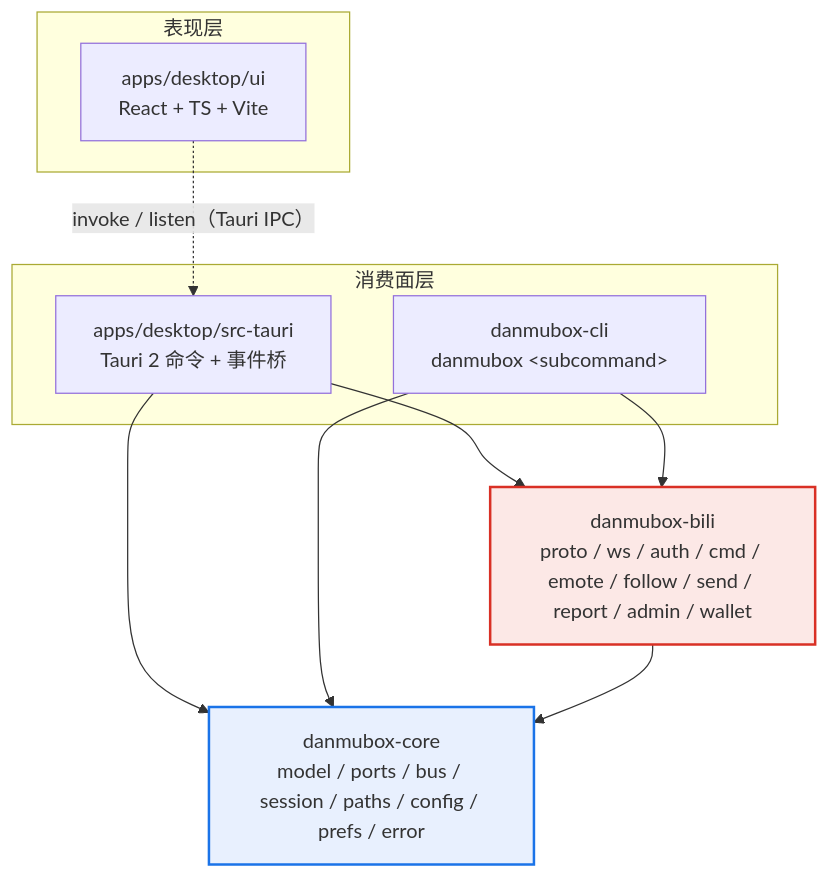
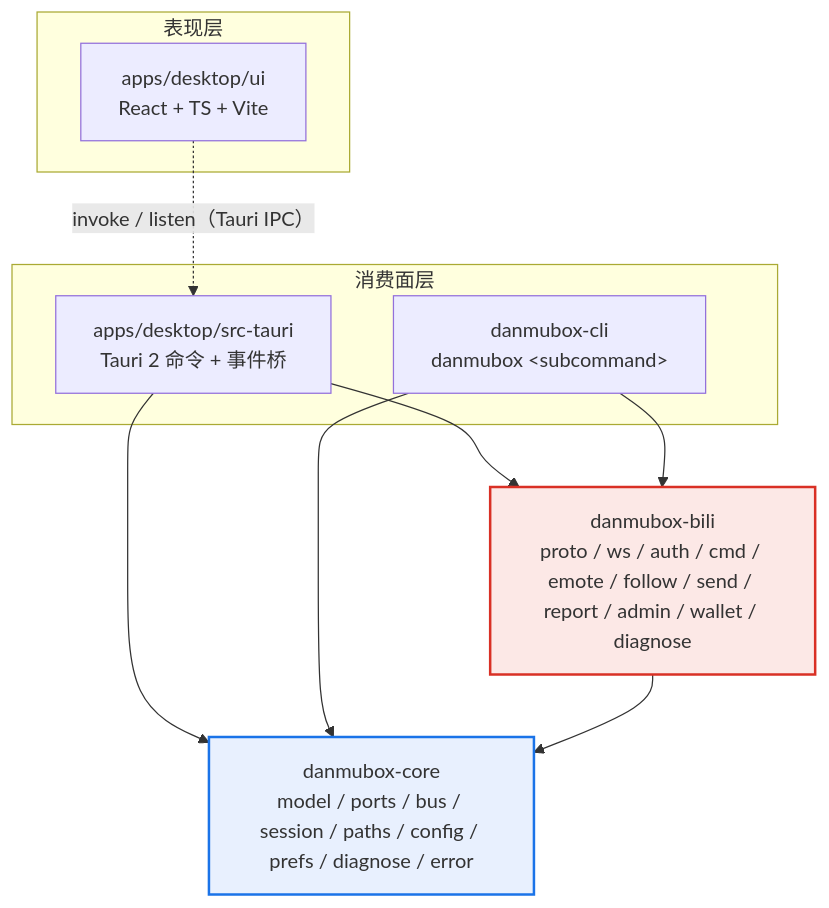
One commit to HakaseZ/danmubox changed the first of 6 diagrams in docs/architecture.md. Above: the diagram before and after it, drawn with Mermaid. The commit also changed other lines of this file and 25 other files, not shown here.

````diff
--- a/docs/architecture.md
+++ b/docs/architecture.md
@@ -30,26 +36,26 @@
 ```mermaid
 graph TD
   subgraph presentation["表现层"]
     WEB["apps/desktop/ui<br/>React + TS + Vite"]
   end
 
   subgraph consumers["消费面层"]
     SHELL["apps/desktop/src-tauri<br/>Tauri 2 命令 + 事件桥"]
     CLI["danmubox-cli<br/>danmubox &lt;subcommand&gt;"]
   end
 
-  BILI["danmubox-bili<br/>proto / ws / auth / cmd / emote / follow / send / report / admin / wallet"]
-  CORE["danmubox-core<br/>model / ports / bus / session / paths / config / prefs / error"]
+  BILI["danmubox-bili<br/>proto / ws / auth / cmd / emote / follow / send / report / admin / wallet / diagnose"]
+  CORE["danmubox-core<br/>model / ports / bus / session / paths / config / prefs / diagnose / error"]
 
   WEB -. "invoke / listen（Tauri IPC）" .-> SHELL
   SHELL --> BILI
   SHELL --> CORE
   CLI --> BILI
   CLI --> CORE
   BILI --> CORE
 
   classDef adapter fill:#fce8e6,stroke:#d93025,stroke-width:2px
   classDef core fill:#e8f0fe,stroke:#1a73e8,stroke-width:2px
   class BILI adapter
   class CORE core
 ```
````
